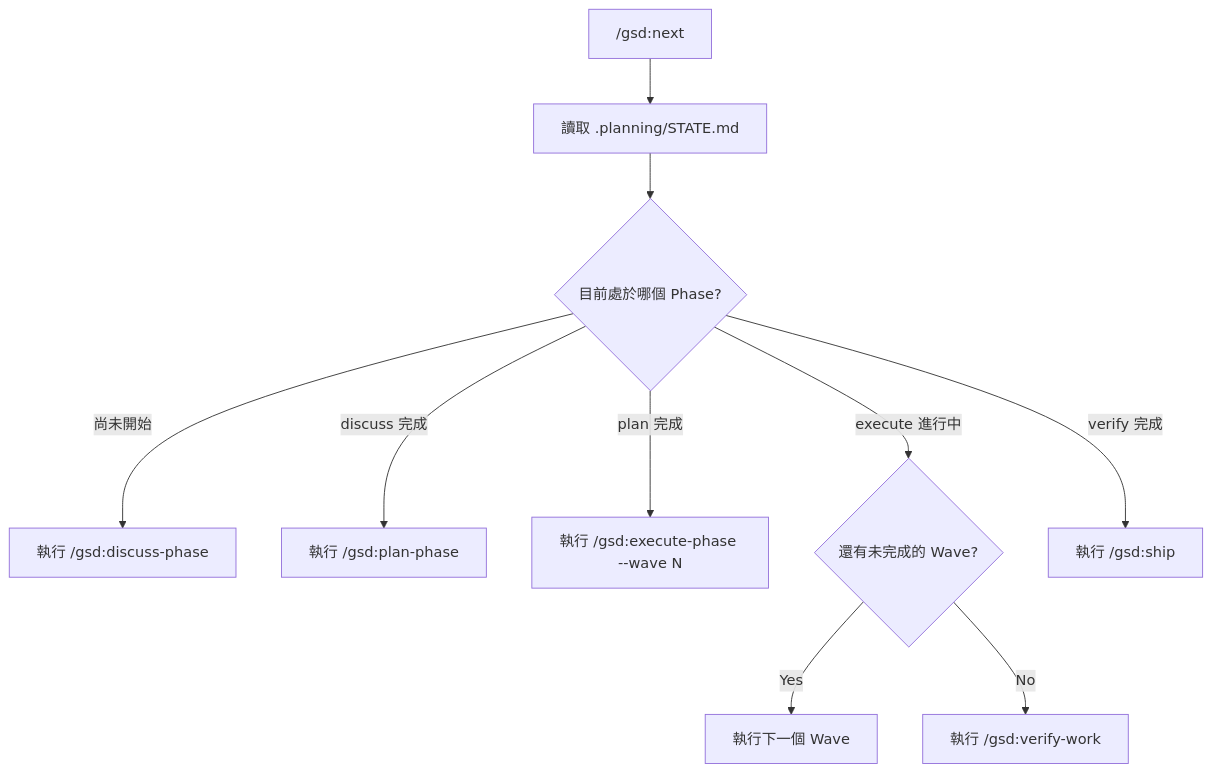
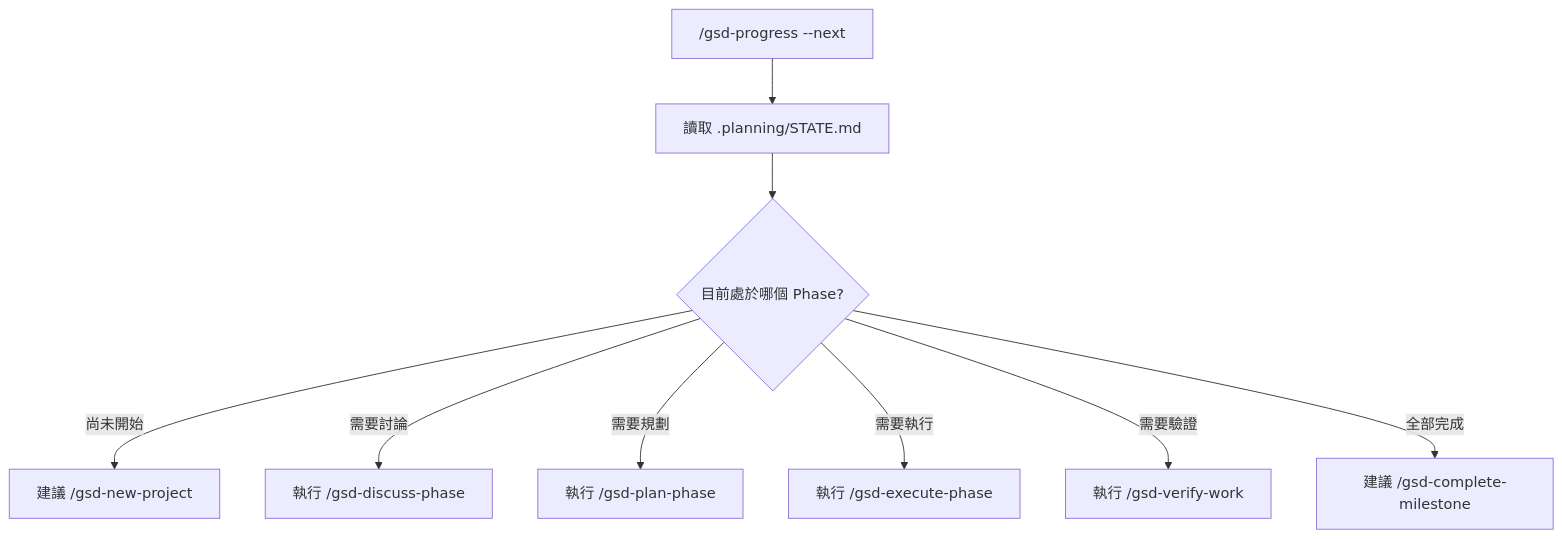
One commit to chihhung/Blog changed diagram 13 of 25 in content/posts/教學/AI開發/get-shit-done(GSD)教學手冊.md. Above: the diagram before and after it, drawn with Mermaid. The commit also changed other lines of this file and 12 other files, not shown here.

````diff
--- a/content/posts/教學/AI開發/get-shit-done(GSD)教學手冊.md
+++ b/content/posts/教學/AI開發/get-shit-done(GSD)教學手冊.md
@@ -2158,12 +2250,11 @@
 ```mermaid
 flowchart TD
-    A["/gsd:next"] --> B[讀取 .planning/STATE.md]
+    A["/gsd-progress --next"] --> B[讀取 .planning/STATE.md]
     B --> C{目前處於哪個 Phase?}
-    C -->|尚未開始| D[執行 /gsd:discuss-phase]
-    C -->|discuss 完成| E[執行 /gsd:plan-phase]
-    C -->|plan 完成| F[執行 /gsd:execute-phase --wave N]
-    C -->|execute 進行中| G{還有未完成的 Wave?}
-    G -->|Yes| H[執行下一個 Wave]
-    G -->|No| I[執行 /gsd:verify-work]
-    C -->|verify 完成| J[執行 /gsd:ship]
+    C -->|尚未開始| D[建議 /gsd-new-project]
+    C -->|需要討論| E[執行 /gsd-discuss-phase]
+    C -->|需要規劃| F[執行 /gsd-plan-phase]
+    C -->|需要執行| G[執行 /gsd-execute-phase]
+    C -->|需要驗證| I[執行 /gsd-verify-work]
+    C -->|全部完成| J[建議 /gsd-complete-milestone]
 ```
````
